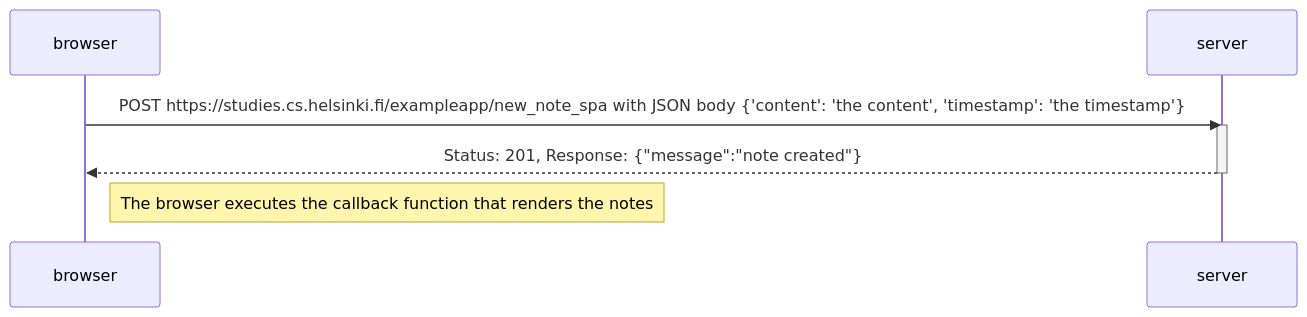
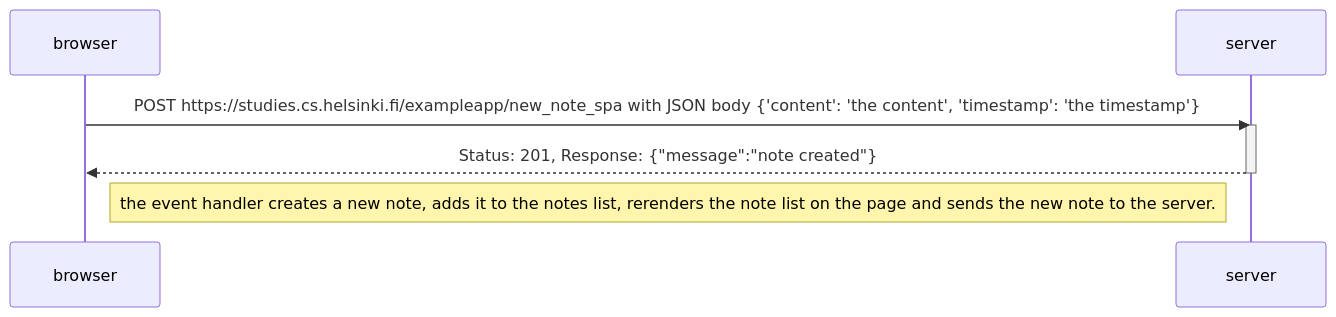
The diagram in part0/6.mmd (ebrhoden/fullstack-open), drawn with Mermaid before and after one commit.

Commit message:
Fix exercise 6

```diff
--- a/part0/6.mmd
+++ b/part0/6.mmd
@@ -1,11 +1,11 @@
 sequenceDiagram
     participant browser
     participant server
 
     browser->>server: POST https://studies.cs.helsinki.fi/exampleapp/new_note_spa with JSON body {'content': 'the content', 'timestamp': 'the timestamp'}
     activate server
     server-->>browser: Status: 201, Response: {"message":"note created"}
     deactivate server
 
 
-    Note right of browser: The browser executes the callback function that renders the notes
+    Note right of browser: the event handler creates a new note, adds it to the notes list, rerenders the note list on the page and sends the new note to the server.
```
